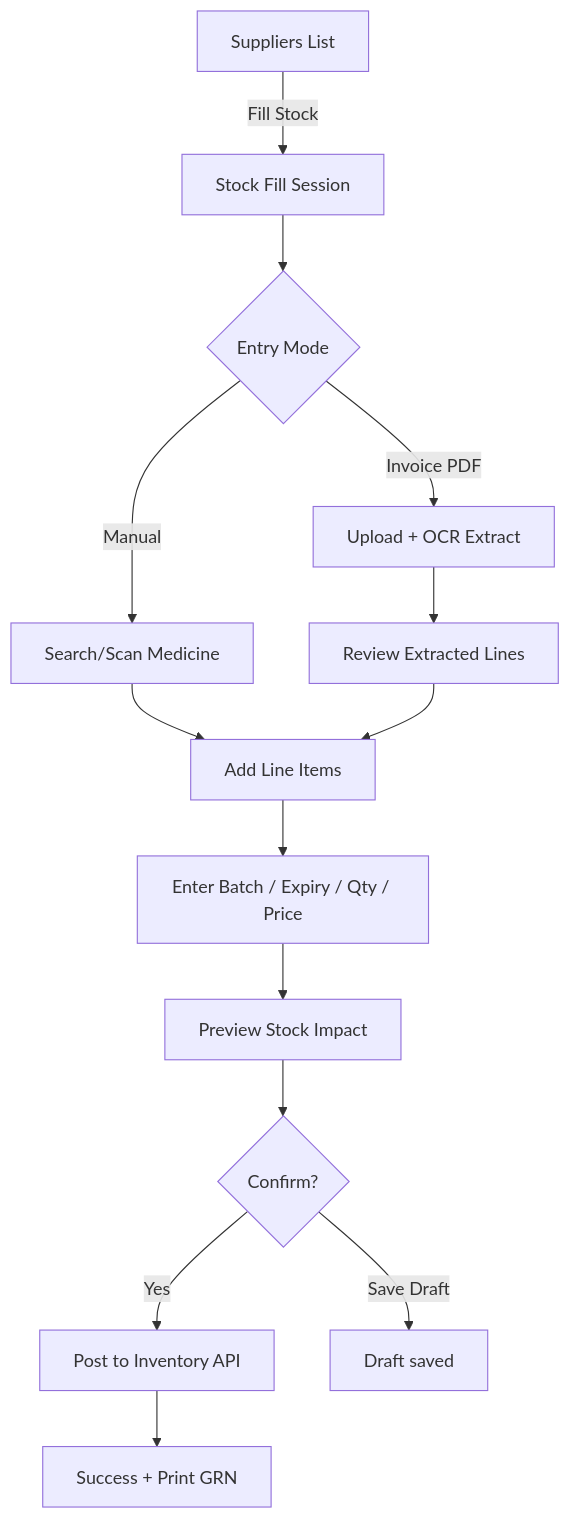
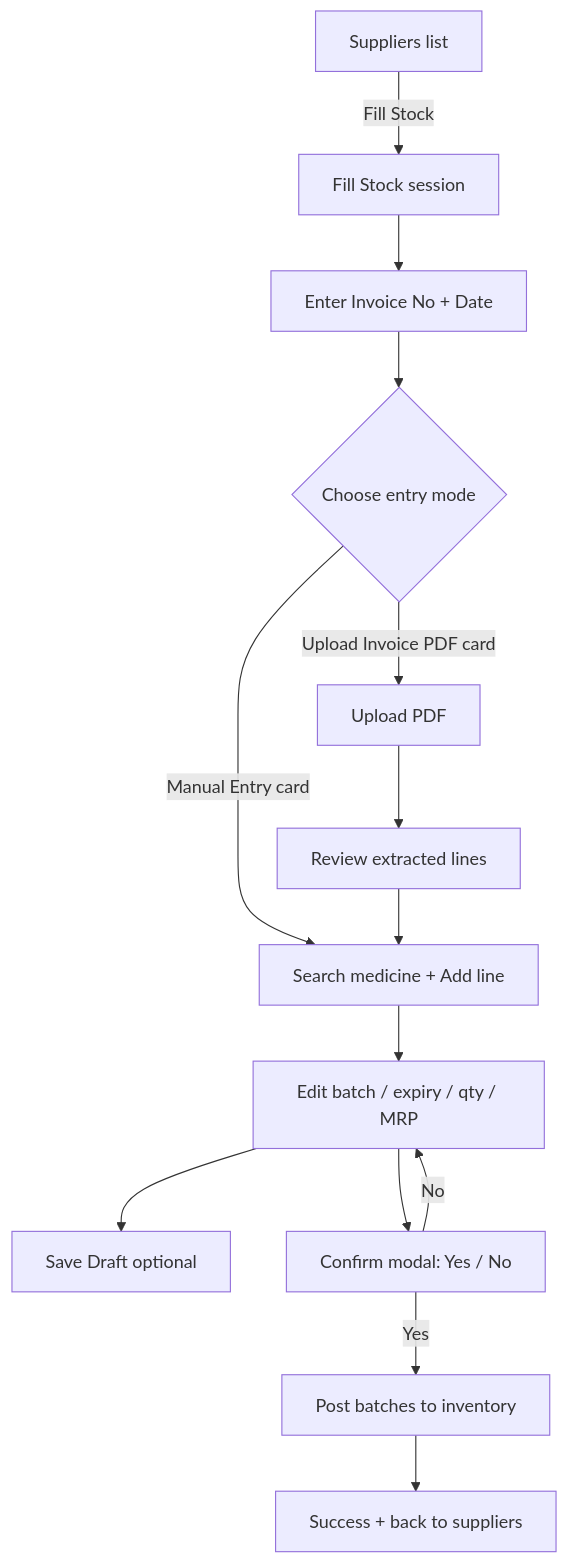
The diagram in medicine-stock-fill-design.md (Sc97-create/hospital-frontend), drawn with Mermaid before and after one commit. The commit also changed other lines of this file and 27 other files, not shown here.

Commit message:
new features added 1) suppliers 2) medicine fill 3) supplier list.

````diff
--- a/medicine-stock-fill-design.md
+++ b/medicine-stock-fill-design.md
@@ -62,16 +71,16 @@
 ```mermaid
 flowchart TD
-    A[Suppliers List] -->|Fill Stock| B[Stock Fill Session]
-    B --> C{Entry Mode}
-    C -->|Manual| D[Search/Scan Medicine]
-    C -->|Invoice PDF| E[Upload + OCR Extract]
-    E --> F[Review Extracted Lines]
-    D --> G[Add Line Items]
-    F --> G
-    G --> H[Enter Batch / Expiry / Qty / Price]
-    H --> I[Preview Stock Impact]
-    I --> J{Confirm?}
-    J -->|Yes| K[Post to Inventory API]
-    J -->|Save Draft| L[Draft saved]
-    K --> M[Success + Print GRN]
+    A[Suppliers list] -->|Fill Stock| B[Fill Stock session]
+    B --> C[Enter Invoice No + Date]
+    C --> D{Choose entry mode}
+    D -->|Manual Entry card| E[Search medicine + Add line]
+    D -->|Upload Invoice PDF card| F[Upload PDF]
+    F --> G[Review extracted lines]
+    G --> E
+    E --> H[Edit batch / expiry / qty / MRP]
+    H --> I[Save Draft optional]
+    H --> J[Confirm modal: Yes / No]
+    J -->|No| H
+    J -->|Yes| K[Post batches to inventory]
+    K --> L[Success + back to suppliers]
 ```
````
